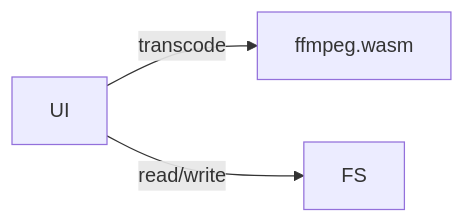
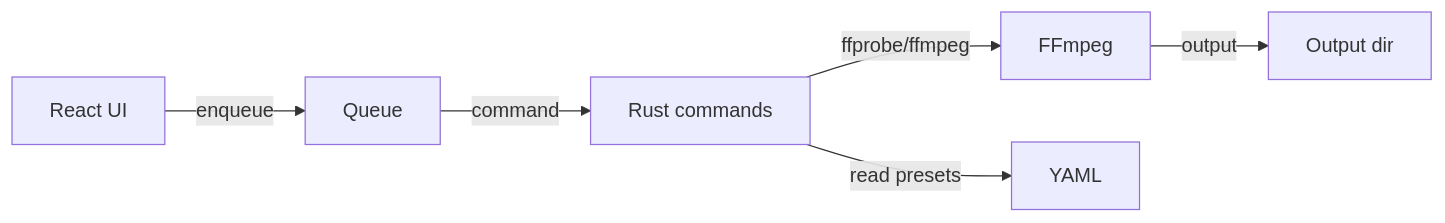
The diagram in docs/overview.md (ShapArt/media-compressor-web), drawn with Mermaid before and after one commit. The commit also changed other lines of this file and 29 other files, not shown here.

````diff
--- a/docs/overview.md
+++ b/docs/overview.md
@@ -4,5 +3,8 @@
 ```mermaid
 flowchart LR
-  UI[UI] -->|transcode| ffmpeg.wasm[ffmpeg.wasm]
-  UI[UI] -->|read/write| FS[FS]
+  UI[React UI] -->|enqueue| Queue
+  Queue -->|command| Tauri[Rust commands]
+  Tauri -->|ffprobe/ffmpeg| FFmpeg
+  Tauri -->|read presets| Presets[YAML]
+  FFmpeg -->|output| Files[Output dir]
 ```
````
